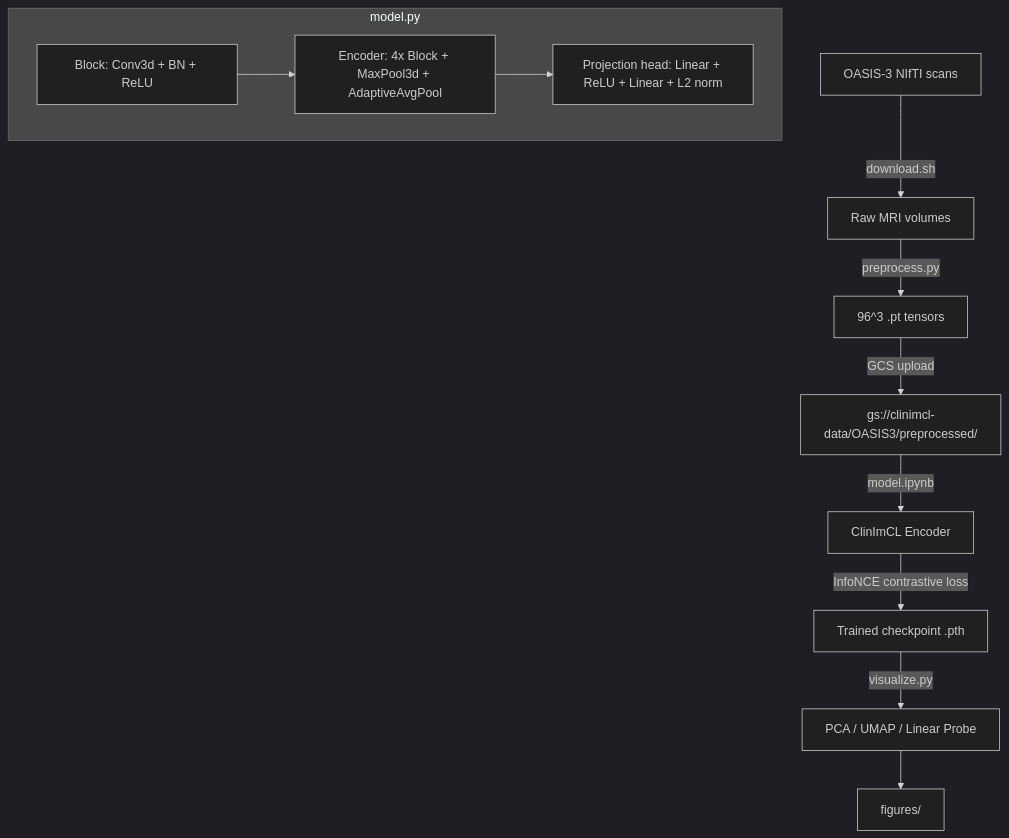
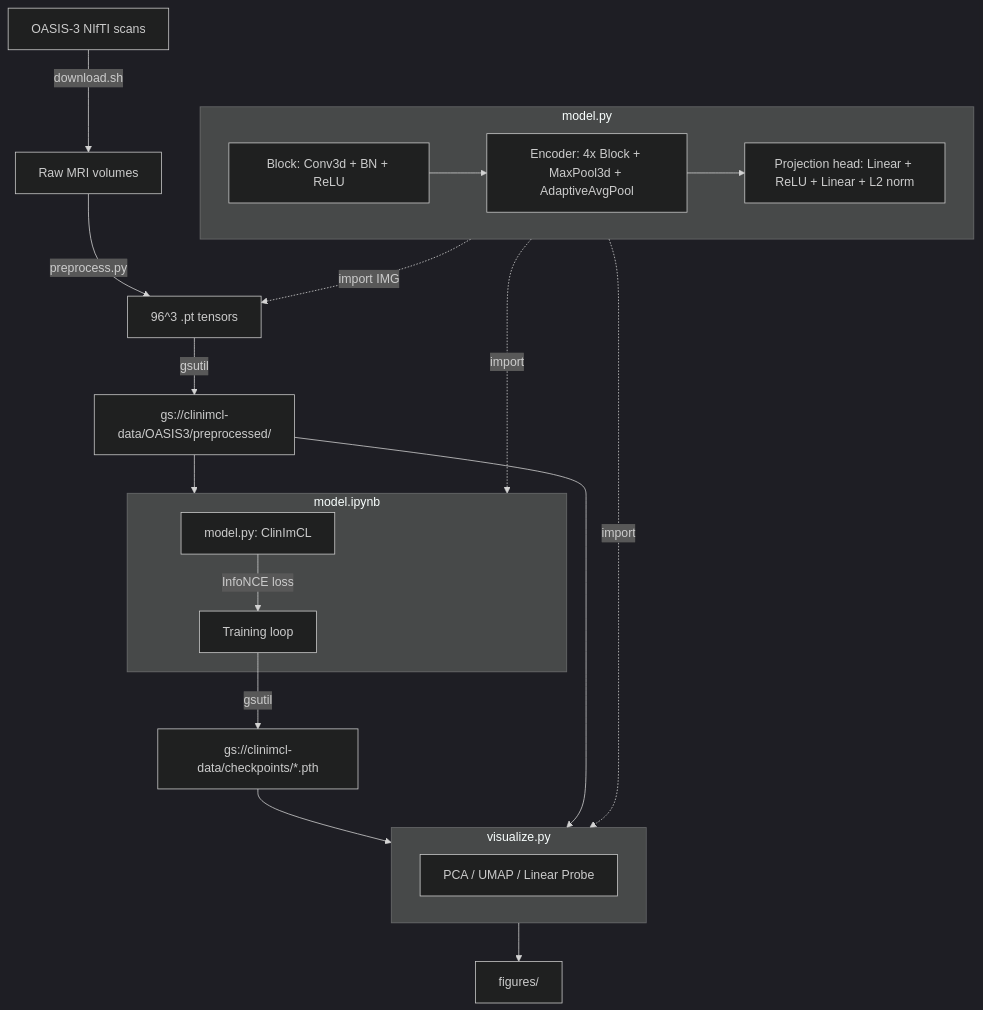
The diagram in README.md (cadenroberts/ClinImCL), drawn with Mermaid (dark theme) before and after one commit.

Commit message:
sync 2026-03-25 21:29:45

````diff
--- a/README.md
+++ b/README.md
@@ -41,15 +41,30 @@
 ```mermaid
 graph TD
     A[OASIS-3 NIfTI scans] -->|download.sh| B[Raw MRI volumes]
     B -->|preprocess.py| C[96^3 .pt tensors]
-    C -->|GCS upload| D[gs://clinimcl-data/OASIS3/preprocessed/]
-    D -->|model.ipynb| E[ClinImCL Encoder]
-    E -->|InfoNCE contrastive loss| F[Trained checkpoint .pth]
-    F -->|visualize.py| G[PCA / UMAP / Linear Probe]
-    G --> H[figures/]
+    C -->|gsutil| D[gs://clinimcl-data/OASIS3/preprocessed/]
+    D --> T
+
+    subgraph T[model.ipynb]
+        M[model.py: ClinImCL] -->|InfoNCE loss| TR[Training loop]
+    end
+
+    TR -->|gsutil| F[gs://clinimcl-data/checkpoints/*.pth]
+    F --> V
+    D --> V
+
+    subgraph V[visualize.py]
+        V1[PCA / UMAP / Linear Probe]
+    end
+
+    V --> H[figures/]
 
     subgraph model.py
         E1[Block: Conv3d + BN + ReLU] --> E2[Encoder: 4x Block + MaxPool3d + AdaptiveAvgPool]
         E2 --> E3[Projection head: Linear + ReLU + Linear + L2 norm]
     end
+
+    model.py -.->|import| T
+    model.py -.->|import IMG| C
+    model.py -.->|import| V
 ```
````
